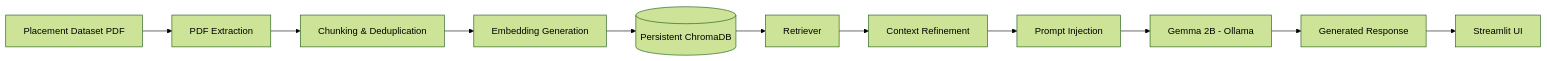
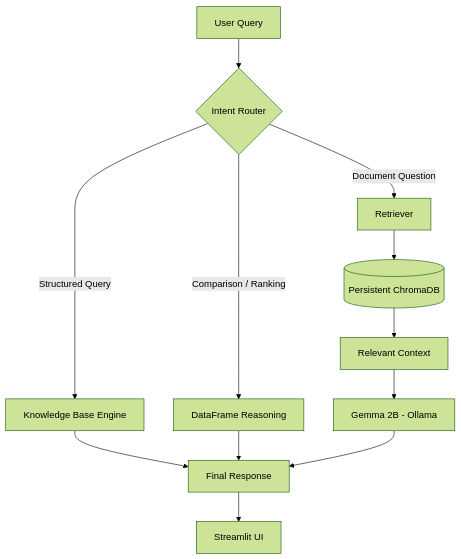
One commit to Renuka-Kamani/placement_intelligence_rag changed the first of 4 diagrams in README.md. Above: the diagram before and after it, drawn with Mermaid (forest theme). The commit also changed other lines of this file, not shown here.

````diff
--- a/README.md
+++ b/README.md
@@ -98,24 +188,27 @@
-```mermaid
-flowchart LR
+```mermaid id="a6h6w9"
+flowchart TD
 
-A[Placement Dataset PDF]
---> B[PDF Extraction]
+A[User Query]
 
-B --> C[Chunking & Deduplication]
+A --> B{Intent Router}
 
-C --> D[Embedding Generation]
+B -->|Structured Query| C[Knowledge Base Engine]
 
-D --> E[(Persistent ChromaDB)]
+B -->|Comparison / Ranking| D[DataFrame Reasoning]
 
-E --> F[Retriever]
+B -->|Document Question| E[Retriever]
 
-F --> G[Context Refinement]
+E --> F[(Persistent ChromaDB)]
 
-G --> H[Prompt Injection]
+F --> G[Relevant Context]
 
-H --> I[Gemma 2B - Ollama]
+G --> H[Gemma 2B - Ollama]
 
-I --> J[Generated Response]
+C --> I[Final Response]
 
-J --> K[Streamlit UI]
+D --> I
+
+H --> I
+
+I --> J[Streamlit UI]
 ```
````
